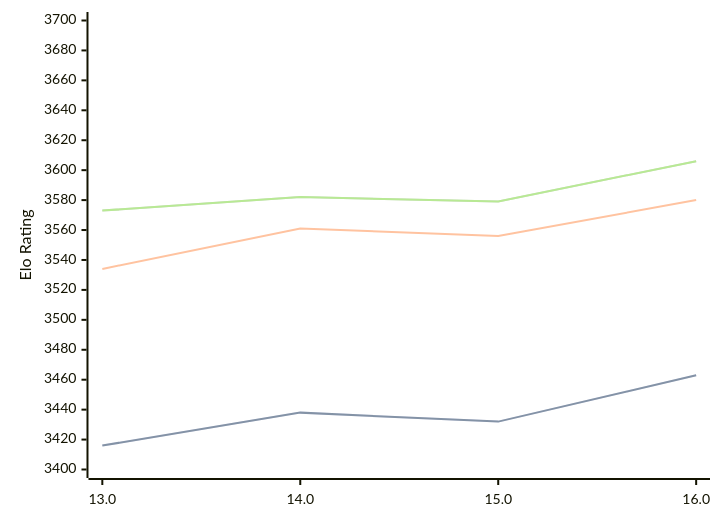
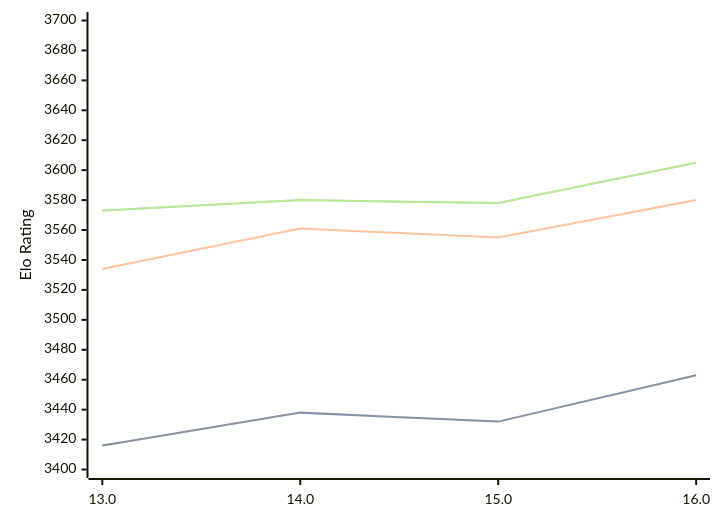
Before and after one commit to computer-chess-index/cci: the diagram in engines/Obsidian.md, drawn with Mermaid. The commit also changed other lines of this file, not shown here.

Commit message:
Update CCI Ratings (ELO VLTC) - 2026-03-24

````diff
--- a/engines/Obsidian.md
+++ b/engines/Obsidian.md
@@ -43,11 +43,11 @@
 ```mermaid
 %%{init: {"theme":"base","themeVariables":{"seriesColors:['#a3a3a3','#222221','#faa371']}}}%%
 xychart-beta
   x-axis ["13.0", "14.0", "15.0", "16.0"]
   y-axis "Elo Rating" 3400 --> 3700
   line "STC (8.0+0.08s)" [3416, 3438, 3432, 3463]
   line "STC (8.0+0.08s)" [3416, 3438, 3432, 3463]
-  line "LTC (60.0+0.60s)" [3534, 3561, 3556, 3580]
-  line "VLTC (2m24s+1.12s)" [3573, 3582, 3579, 3606]
-  line "VLTC (2m24s+1.12s)" [3573, 3582, 3579, 3606]
+  line "LTC (60.0+0.60s)" [3534, 3561, 3555, 3580]
+  line "VLTC (2m24s+1.12s)" [3573, 3580, 3578, 3605]
+  line "VLTC (2m24s+1.12s)" [3573, 3580, 3578, 3605]
 ```
````
